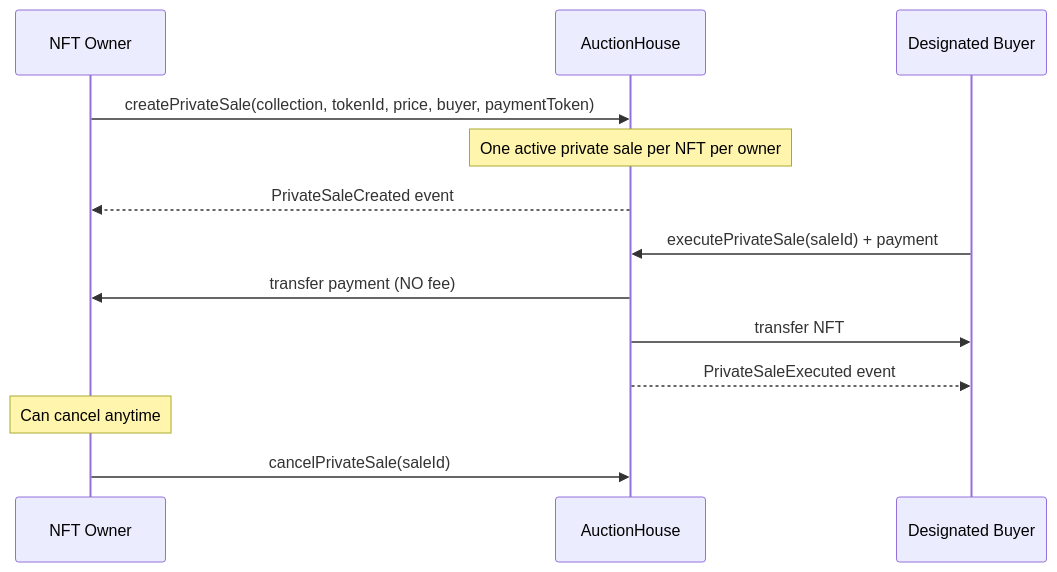
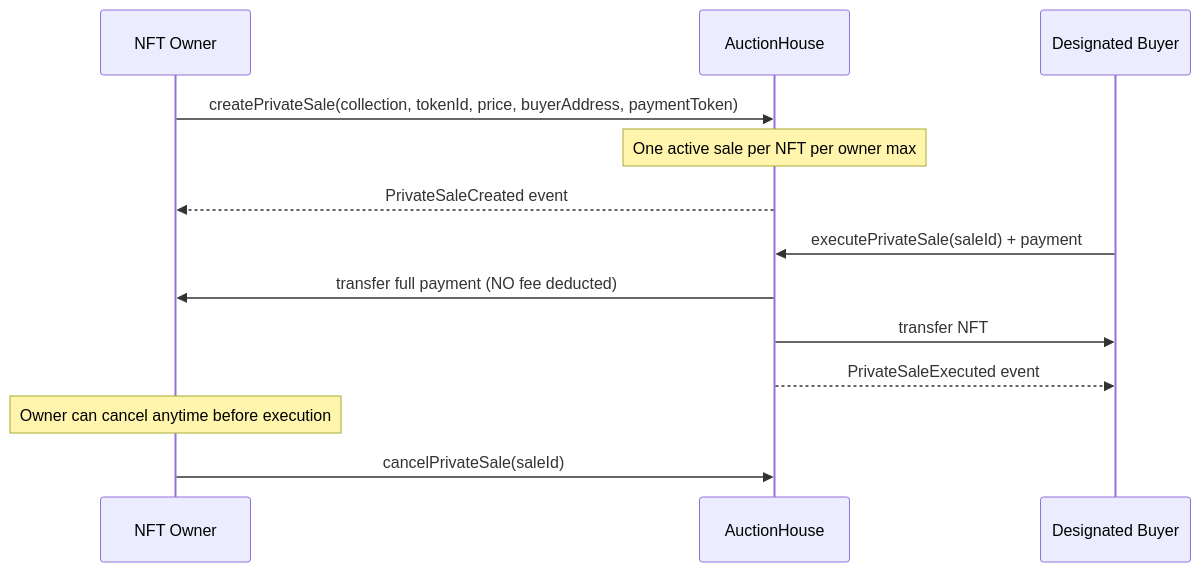
The seventh of 10 diagrams in README.md (blockchainsuperheroes/marketplace-v2-contract), drawn with Mermaid before and after one commit. The commit also changed other lines of this file, not shown here.

````diff
--- a/README.md
+++ b/README.md
@@ -296,18 +335,18 @@
 ```mermaid
 sequenceDiagram
     participant Owner as NFT Owner
     participant Contract as AuctionHouse
     participant Buyer as Designated Buyer
 
-    Owner->>Contract: createPrivateSale(collection, tokenId, price, buyer, paymentToken)
-    Note over Contract: One active private sale per NFT per owner
+    Owner->>Contract: createPrivateSale(collection, tokenId, price, buyerAddress, paymentToken)
+    Note over Contract: One active sale per NFT per owner max
     Contract-->>Owner: PrivateSaleCreated event
 
     Buyer->>Contract: executePrivateSale(saleId) + payment
-    Contract->>Owner: transfer payment (NO fee)
+    Contract->>Owner: transfer full payment (NO fee deducted)
     Contract->>Buyer: transfer NFT
     Contract-->>Buyer: PrivateSaleExecuted event
 
-    Note over Owner: Can cancel anytime
+    Note over Owner: Owner can cancel anytime before execution
     Owner->>Contract: cancelPrivateSale(saleId)
 ```
````
